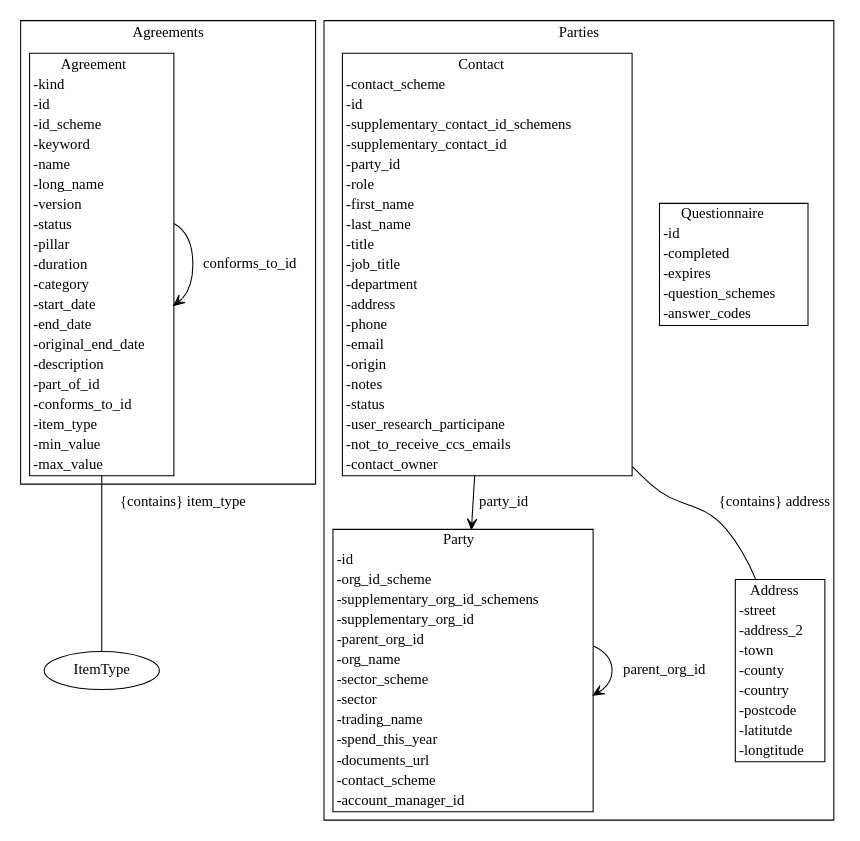
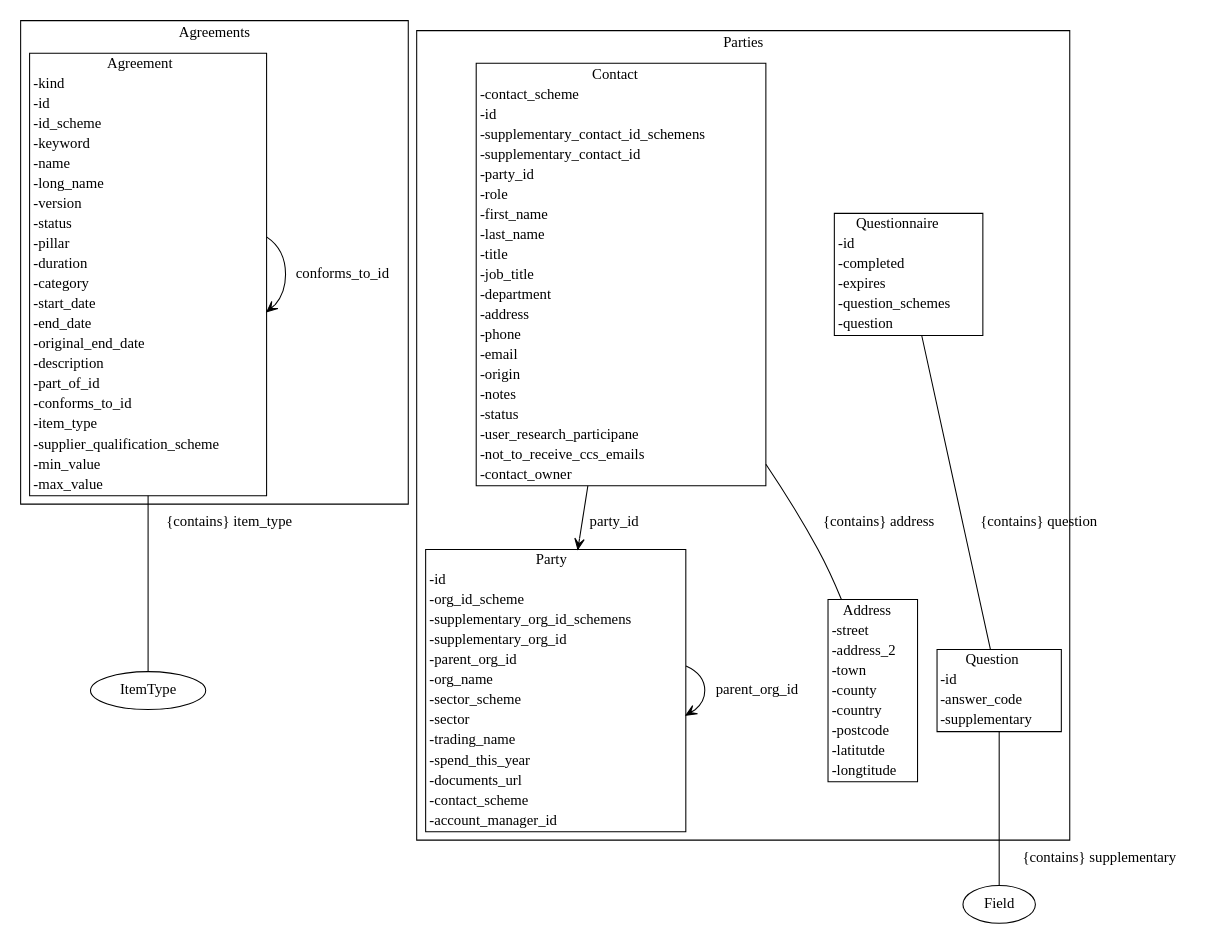
One commit to Crown-Commercial-Service/ccs-data-model changed the diagram in gen/diagrams/metamodel.dot. Above: the diagram before and after it, drawn with Graphviz. The commit also changed 30 other files, not shown here.

```diff
--- a/gen/diagrams/metamodel.dot
+++ b/gen/diagrams/metamodel.dot
@@ -1,21 +1,24 @@
 strict digraph {
 subgraph cluster_Agreements {
 node [shape=plaintext margin=0];
 label=Agreements;
-"Agreement" [label=<<table BORDER="1" CELLBORDER="0" CELLSPACING="0"><TH><TD>Agreement</TD></TH><TR><TD ALIGN="LEFT">-kind</TD></TR><TR><TD ALIGN="LEFT">-id</TD></TR><TR><TD ALIGN="LEFT">-id_scheme</TD></TR><TR><TD ALIGN="LEFT">-keyword</TD></TR><TR><TD ALIGN="LEFT">-name</TD></TR><TR><TD ALIGN="LEFT">-long_name</TD></TR><TR><TD ALIGN="LEFT">-version</TD></TR><TR><TD ALIGN="LEFT">-status</TD></TR><TR><TD ALIGN="LEFT">-pillar</TD></TR><TR><TD ALIGN="LEFT">-duration</TD></TR><TR><TD ALIGN="LEFT">-category</TD></TR><TR><TD ALIGN="LEFT">-start_date</TD></TR><TR><TD ALIGN="LEFT">-end_date</TD></TR><TR><TD ALIGN="LEFT">-original_end_date</TD></TR><TR><TD ALIGN="LEFT">-description</TD></TR><TR><TD ALIGN="LEFT">-part_of_id</TD></TR><TR><TD ALIGN="LEFT">-conforms_to_id</TD></TR><TR><TD ALIGN="LEFT">-item_type</TD></TR><TR><TD ALIGN="LEFT">-min_value</TD></TR><TR><TD ALIGN="LEFT">-max_value</TD></TR></table>>];
+"Agreement" [label=<<table BORDER="1" CELLBORDER="0" CELLSPACING="0"><TH><TD>Agreement</TD></TH><TR><TD ALIGN="LEFT">-kind</TD></TR><TR><TD ALIGN="LEFT">-id</TD></TR><TR><TD ALIGN="LEFT">-id_scheme</TD></TR><TR><TD ALIGN="LEFT">-keyword</TD></TR><TR><TD ALIGN="LEFT">-name</TD></TR><TR><TD ALIGN="LEFT">-long_name</TD></TR><TR><TD ALIGN="LEFT">-version</TD></TR><TR><TD ALIGN="LEFT">-status</TD></TR><TR><TD ALIGN="LEFT">-pillar</TD></TR><TR><TD ALIGN="LEFT">-duration</TD></TR><TR><TD ALIGN="LEFT">-category</TD></TR><TR><TD ALIGN="LEFT">-start_date</TD></TR><TR><TD ALIGN="LEFT">-end_date</TD></TR><TR><TD ALIGN="LEFT">-original_end_date</TD></TR><TR><TD ALIGN="LEFT">-description</TD></TR><TR><TD ALIGN="LEFT">-part_of_id</TD></TR><TR><TD ALIGN="LEFT">-conforms_to_id</TD></TR><TR><TD ALIGN="LEFT">-item_type</TD></TR><TR><TD ALIGN="LEFT">-supplier_qualification_scheme</TD></TR><TR><TD ALIGN="LEFT">-min_value</TD></TR><TR><TD ALIGN="LEFT">-max_value</TD></TR></table>>];
 }
 subgraph cluster_Parties {
 node [shape=plaintext margin=0];
 label=Parties;
-"Questionnaire" [label=<<table BORDER="1" CELLBORDER="0" CELLSPACING="0"><TH><TD>Questionnaire</TD></TH><TR><TD ALIGN="LEFT">-id</TD></TR><TR><TD ALIGN="LEFT">-completed</TD></TR><TR><TD ALIGN="LEFT">-expires</TD></TR><TR><TD ALIGN="LEFT">-question_schemes</TD></TR><TR><TD ALIGN="LEFT">-answer_codes</TD></TR></table>>];
+"Question" [label=<<table BORDER="1" CELLBORDER="0" CELLSPACING="0"><TH><TD>Question</TD></TH><TR><TD ALIGN="LEFT">-id</TD></TR><TR><TD ALIGN="LEFT">-answer_code</TD></TR><TR><TD ALIGN="LEFT">-supplementary</TD></TR></table>>];
+"Questionnaire" [label=<<table BORDER="1" CELLBORDER="0" CELLSPACING="0"><TH><TD>Questionnaire</TD></TH><TR><TD ALIGN="LEFT">-id</TD></TR><TR><TD ALIGN="LEFT">-completed</TD></TR><TR><TD ALIGN="LEFT">-expires</TD></TR><TR><TD ALIGN="LEFT">-question_schemes</TD></TR><TR><TD ALIGN="LEFT">-question</TD></TR></table>>];
 "Party" [label=<<table BORDER="1" CELLBORDER="0" CELLSPACING="0"><TH><TD>Party</TD></TH><TR><TD ALIGN="LEFT">-id</TD></TR><TR><TD ALIGN="LEFT">-org_id_scheme</TD></TR><TR><TD ALIGN="LEFT">-supplementary_org_id_schemens</TD></TR><TR><TD ALIGN="LEFT">-supplementary_org_id</TD></TR><TR><TD ALIGN="LEFT">-parent_org_id</TD></TR><TR><TD ALIGN="LEFT">-org_name</TD></TR><TR><TD ALIGN="LEFT">-sector_scheme</TD></TR><TR><TD ALIGN="LEFT">-sector</TD></TR><TR><TD ALIGN="LEFT">-trading_name</TD></TR><TR><TD ALIGN="LEFT">-spend_this_year</TD></TR><TR><TD ALIGN="LEFT">-documents_url</TD></TR><TR><TD ALIGN="LEFT">-contact_scheme</TD></TR><TR><TD ALIGN="LEFT">-account_manager_id</TD></TR></table>>];
 "Address" [label=<<table BORDER="1" CELLBORDER="0" CELLSPACING="0"><TH><TD>Address</TD></TH><TR><TD ALIGN="LEFT">-street</TD></TR><TR><TD ALIGN="LEFT">-address_2</TD></TR><TR><TD ALIGN="LEFT">-town</TD></TR><TR><TD ALIGN="LEFT">-county</TD></TR><TR><TD ALIGN="LEFT">-country</TD></TR><TR><TD ALIGN="LEFT">-postcode</TD></TR><TR><TD ALIGN="LEFT">-latitutde</TD></TR><TR><TD ALIGN="LEFT">-longtitude</TD></TR></table>>];
 "Contact" [label=<<table BORDER="1" CELLBORDER="0" CELLSPACING="0"><TH><TD>Contact</TD></TH><TR><TD ALIGN="LEFT">-contact_scheme</TD></TR><TR><TD ALIGN="LEFT">-id</TD></TR><TR><TD ALIGN="LEFT">-supplementary_contact_id_schemens</TD></TR><TR><TD ALIGN="LEFT">-supplementary_contact_id</TD></TR><TR><TD ALIGN="LEFT">-party_id</TD></TR><TR><TD ALIGN="LEFT">-role</TD></TR><TR><TD ALIGN="LEFT">-first_name</TD></TR><TR><TD ALIGN="LEFT">-last_name</TD></TR><TR><TD ALIGN="LEFT">-title</TD></TR><TR><TD ALIGN="LEFT">-job_title</TD></TR><TR><TD ALIGN="LEFT">-department</TD></TR><TR><TD ALIGN="LEFT">-address</TD></TR><TR><TD ALIGN="LEFT">-phone</TD></TR><TR><TD ALIGN="LEFT">-email</TD></TR><TR><TD ALIGN="LEFT">-origin</TD></TR><TR><TD ALIGN="LEFT">-notes</TD></TR><TR><TD ALIGN="LEFT">-status</TD></TR><TR><TD ALIGN="LEFT">-user_research_participane</TD></TR><TR><TD ALIGN="LEFT">-not_to_receive_ccs_emails</TD></TR><TR><TD ALIGN="LEFT">-contact_owner</TD></TR></table>>];
 }
 "Agreement" -> "Agreement" [label="part_of_id" arrowhead = "open" arrowtail = "none" ];
 "Agreement" -> "Agreement" [label="conforms_to_id" arrowhead = "open" arrowtail = "none" ];
 "Agreement" -> "ItemType" [label="{contains} item_type" arrowhead = "none" arrowtail = "diamond" ];
+"Question" -> "Field" [label="{contains} supplementary" arrowhead = "none" arrowtail = "diamond" ];
+"Questionnaire" -> "Question" [label="{contains} question" arrowhead = "none" arrowtail = "diamond" ];
 "Party" -> "Party" [label="parent_org_id" arrowhead = "open" arrowtail = "none" ];
 "Contact" -> "Party" [label="party_id" arrowhead = "open" arrowtail = "none" ];
 "Contact" -> "Address" [label="{contains} address" arrowhead = "none" arrowtail = "diamond" ];
 }
```
